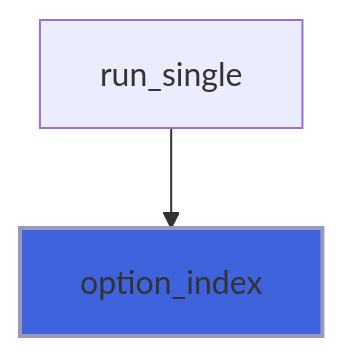
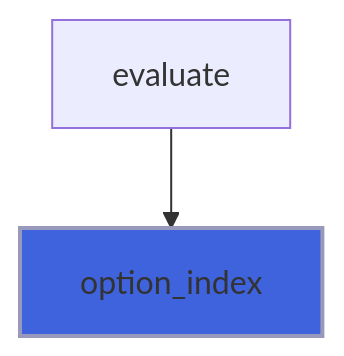
Diagram 12 of 12 in docs/api/src/lib/flap_menu_t.md (szaghi/FLAP), drawn with Mermaid before and after one commit. The commit also changed other lines of this file and 9 other files, not shown here.

````diff
--- a/docs/api/src/lib/flap_menu_t.md
+++ b/docs/api/src/lib/flap_menu_t.md
@@ -316,5 +442,5 @@
 ```mermaid
 flowchart TD
-  run_single["run_single"] --> option_index["option_index"]
+  evaluate["evaluate"] --> option_index["option_index"]
   style option_index fill:#3e63dd,stroke:#99b,stroke-width:2px
 ```
````
